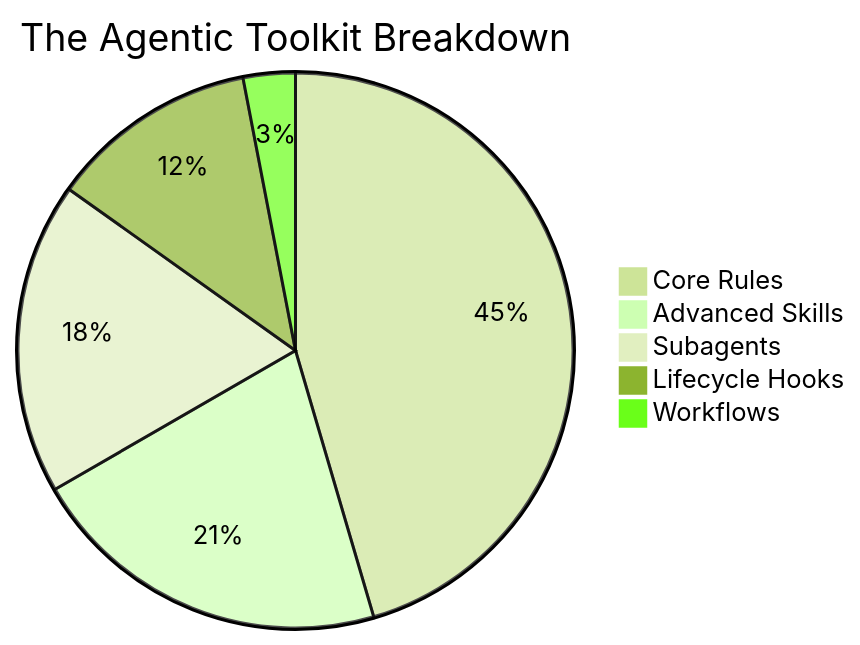
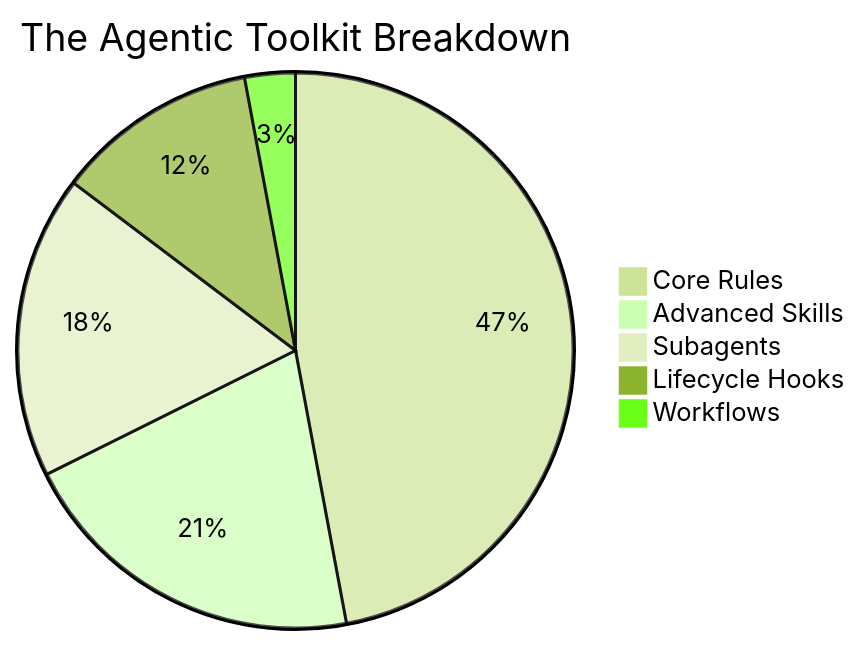
Before and after one commit to FlameBLIZZard/better-agents: the diagram in README.md, drawn with Mermaid (forest theme). The commit also changed other lines of this file and 2 other files, not shown here.

````diff
--- a/README.md
+++ b/README.md
@@ -77,8 +77,8 @@
 ```mermaid
 pie title The Agentic Toolkit Breakdown
-    "Core Rules" : 15
+    "Core Rules" : 16
     "Advanced Skills" : 7
     "Subagents" : 6
     "Lifecycle Hooks" : 4
     "Workflows" : 1
 ```
````
